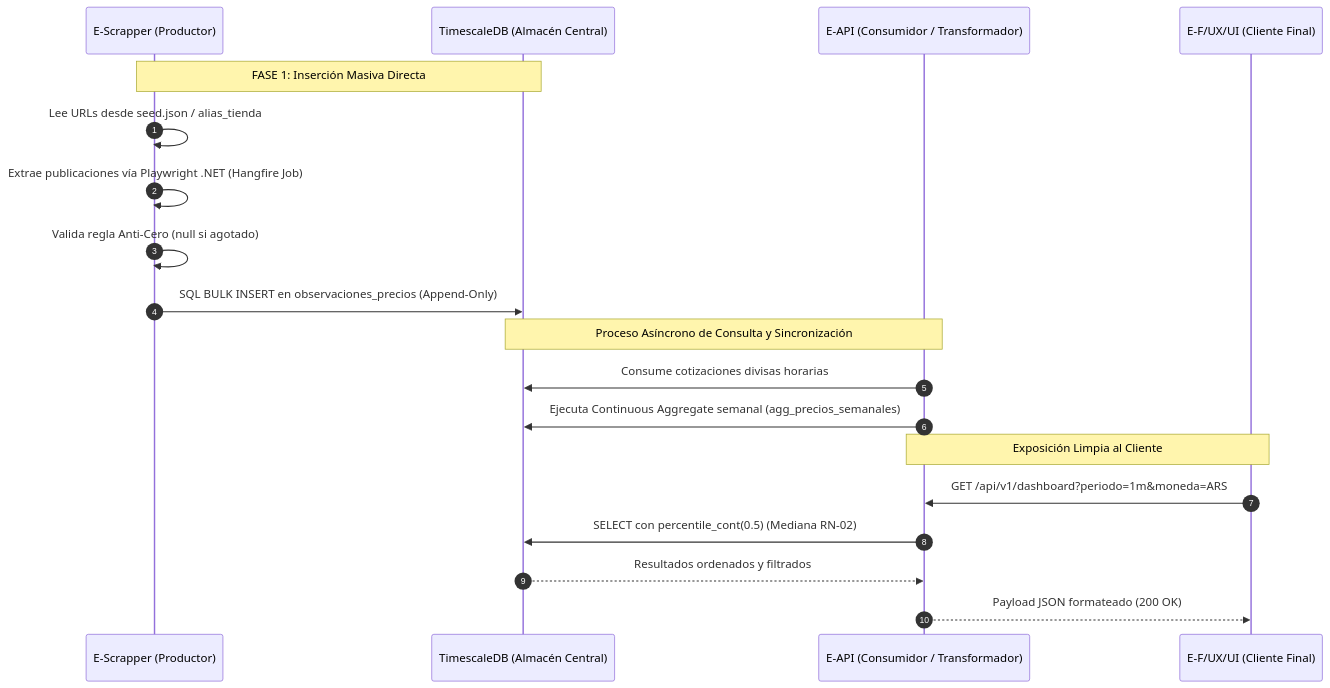
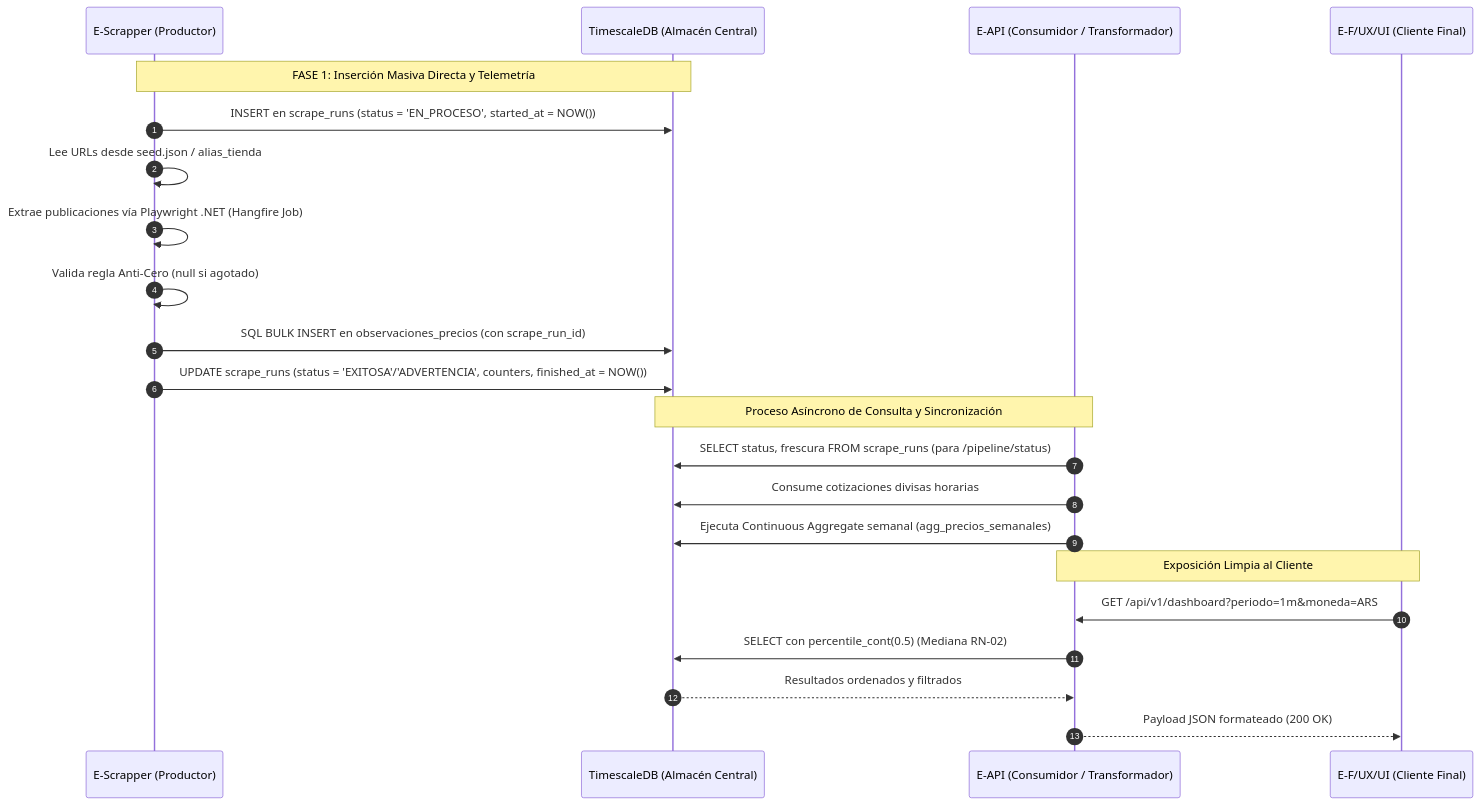
The second of 4 diagrams in docs/01-analisis/05-Software-Architecture-Pipeline.md (No-Country-simulation/S10-26-EQUIPO-2-PriceScope), drawn with Mermaid before and after one commit. The commit also changed other lines of this file, not shown here.

Commit message:
feat(docs): update architecture specification to PostgreSQL 16 and add operational table `scrape_runs`

````diff
--- a/docs/01-analisis/05-Software-Architecture-Pipeline.md
+++ b/docs/01-analisis/05-Software-Architecture-Pipeline.md
@@ -188,24 +193,27 @@
 ```mermaid
 sequenceDiagram
     autonumber
     participant SC as E-Scrapper (Productor)
     participant DB as TimescaleDB (Almacén Central)
     participant AP as E-API (Consumidor / Transformador)
     participant UI as E-F/UX/UI (Cliente Final)
 
-    Note over SC,DB: FASE 1: Inserción Masiva Directa
+    Note over SC,DB: FASE 1: Inserción Masiva Directa y Telemetría
+    SC->>DB: INSERT en scrape_runs (status = 'EN_PROCESO', started_at = NOW())
     SC->>SC: Lee URLs desde seed.json / alias_tienda
     SC->>SC: Extrae publicaciones vía Playwright .NET (Hangfire Job)
     SC->>SC: Valida regla Anti-Cero (null si agotado)
-    SC->>DB: SQL BULK INSERT en observaciones_precios (Append-Only)
+    SC->>DB: SQL BULK INSERT en observaciones_precios (con scrape_run_id)
+    SC->>DB: UPDATE scrape_runs (status = 'EXITOSA'/'ADVERTENCIA', counters, finished_at = NOW())
     
     Note over DB,AP: Proceso Asíncrono de Consulta y Sincronización
+    AP->>DB: SELECT status, frescura FROM scrape_runs (para /pipeline/status)
     AP->>DB: Consume cotizaciones divisas horarias
     AP->>DB: Ejecuta Continuous Aggregate semanal (agg_precios_semanales)
     
     Note over AP,UI: Exposición Limpia al Cliente
     UI->>AP: GET /api/v1/dashboard?periodo=1m&moneda=ARS
     AP->>DB: SELECT con percentile_cont(0.5) (Mediana RN-02)
     DB-->>AP: Resultados ordenados y filtrados
     AP-->>UI: Payload JSON formateado (200 OK)
 ```
````
